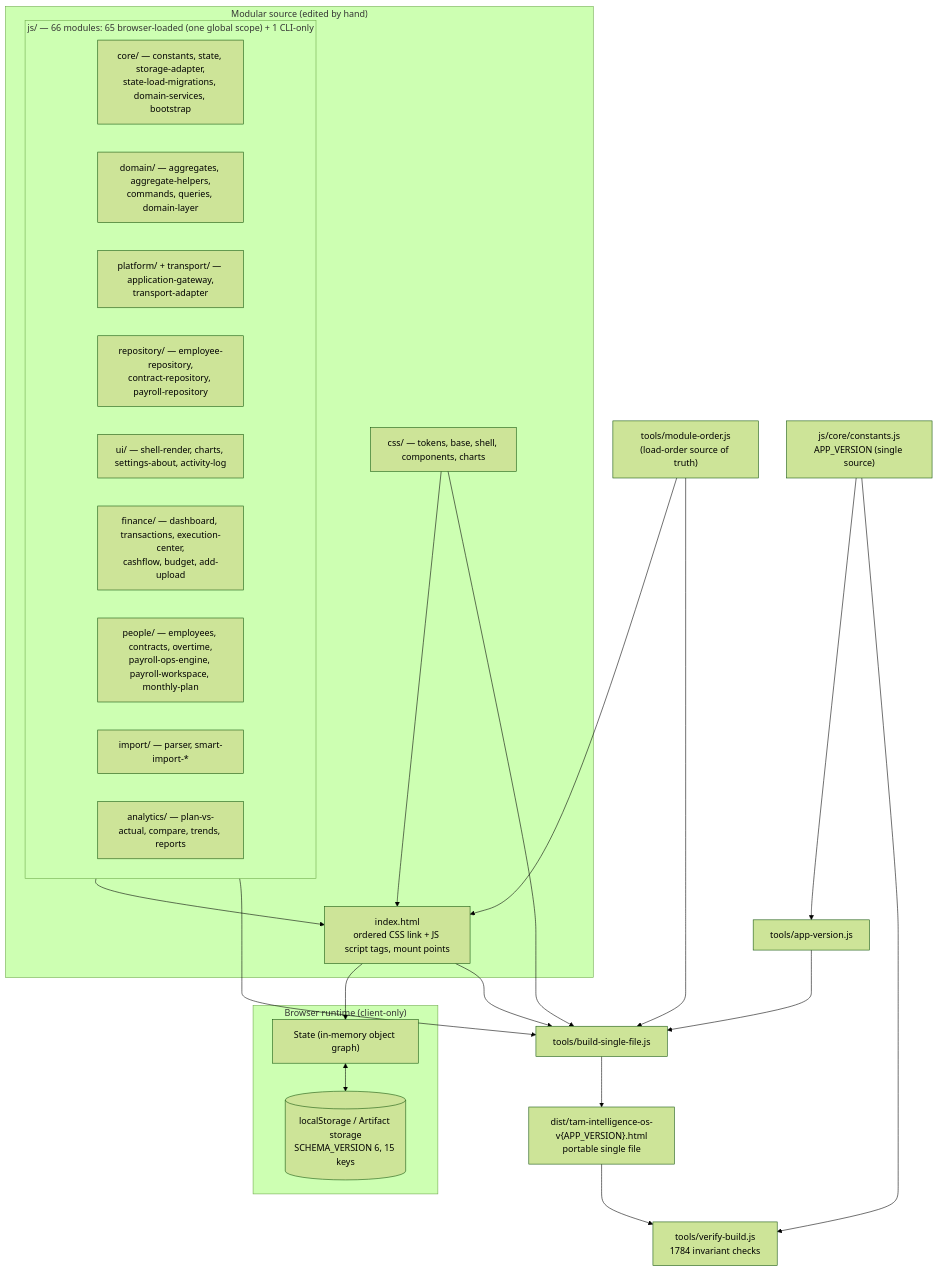
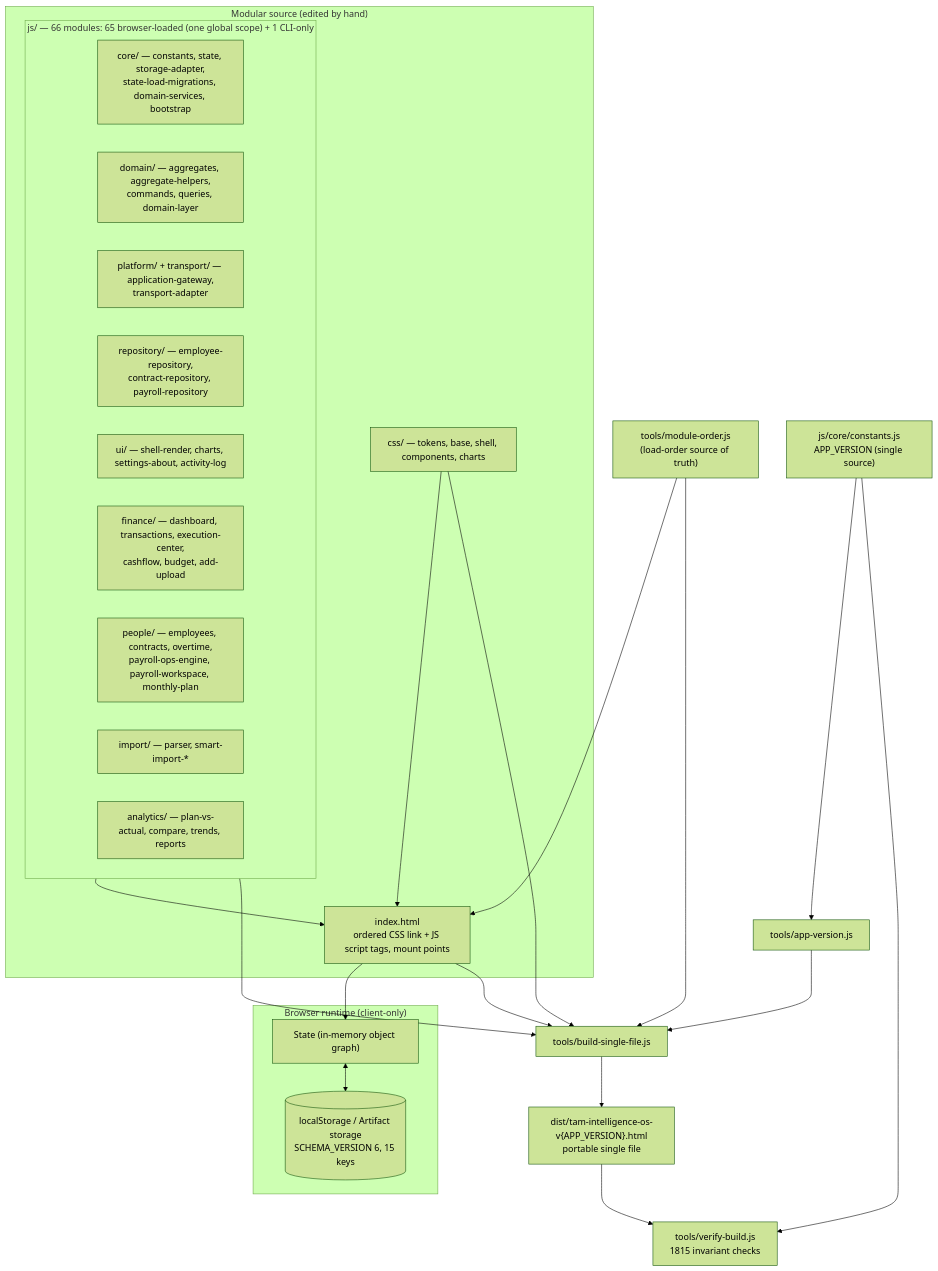
Before and after one commit to fanoryu/TAM-Intelligence-OS: the first of 3 diagrams in ARCHITECTURE.md, drawn with Mermaid (forest theme). The commit also changed other lines of this file and 8 other files, not shown here.

````diff
--- a/ARCHITECTURE.md
+++ b/ARCHITECTURE.md
@@ -80,45 +83,45 @@
 ```mermaid
 flowchart TD
   subgraph SRC["Modular source (edited by hand)"]
     IDX["index.html<br/>ordered CSS link + JS script tags, mount points"]
     CSS["css/ — tokens, base, shell, components, charts"]
     subgraph JSMOD["js/ — 66 modules: 65 browser-loaded (one global scope) + 1 CLI-only"]
       CORE["core/ — constants, state, storage-adapter,<br/>state-load-migrations, domain-services, bootstrap"]
       DOM["domain/ — aggregates, aggregate-helpers,<br/>commands, queries, domain-layer"]
       PLAT["platform/ + transport/ — application-gateway,<br/>transport-adapter"]
       REPO["repository/ — employee-repository,<br/>contract-repository, payroll-repository"]
       UI["ui/ — shell-render, charts, settings-about, activity-log"]
       FIN["finance/ — dashboard, transactions, execution-center,<br/>cashflow, budget, add-upload"]
       PPL["people/ — employees, contracts, overtime,<br/>payroll-ops-engine, payroll-workspace, monthly-plan"]
       IMP["import/ — parser, smart-import-*"]
       ANA["analytics/ — plan-vs-actual, compare, trends, reports"]
     end
   end
 
   subgraph RUN["Browser runtime (client-only)"]
     STATE["State (in-memory object graph)"]
     LS[("localStorage / Artifact storage<br/>SCHEMA_VERSION 6, 15 keys")]
   end
 
   ORDER["tools/module-order.js<br/>(load-order source of truth)"]
   CONST["js/core/constants.js<br/>APP_VERSION (single source)"]
   AV["tools/app-version.js"]
   BUILD["tools/build-single-file.js"]
-  VERIFY["tools/verify-build.js<br/>1784 invariant checks"]
+  VERIFY["tools/verify-build.js<br/>1815 invariant checks"]
   DIST["dist/tam-intelligence-os-v{APP_VERSION}.html<br/>portable single file"]
 
   CSS --> IDX
   JSMOD --> IDX
   IDX --> STATE
   STATE <--> LS
 
   ORDER --> IDX
   ORDER --> BUILD
   CONST --> AV --> BUILD
   IDX --> BUILD
   CSS --> BUILD
   JSMOD --> BUILD
   BUILD --> DIST
   DIST --> VERIFY
   CONST --> VERIFY
 ```
````
